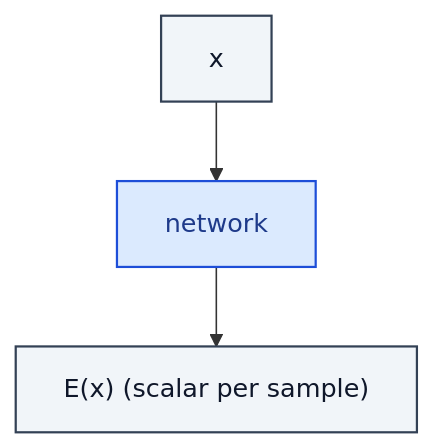
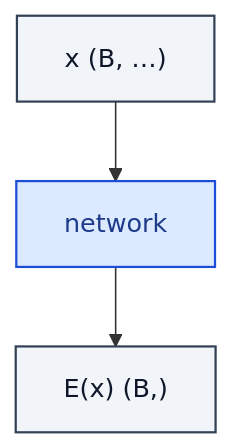
Before and after one commit to RealityShifts/Srivastava-book-of-Blocks-diagrams: the diagram in generative/EnergyBasedModel.md, drawn with Mermaid. The commit also changed 123 other files, not shown here.

````diff
--- a/generative/EnergyBasedModel.md
+++ b/generative/EnergyBasedModel.md
@@ -7,17 +7,18 @@
 ```mermaid
 flowchart TD
-    n0_0["x"]:::io
+    n0_0["x  (B, …)"]:::io
     n1_0["network"]:::op
-    n2_0["E(x)  (scalar per sample)"]:::io
+    n2_0["E(x)  (B,)"]:::io
     n0_0 --> n1_0
     n1_0 --> n2_0
     classDef io fill:#f1f5f9,stroke:#334155,stroke-width:1.4px,color:#0f172a
     classDef op fill:#dbeafe,stroke:#1d4ed8,stroke-width:1.4px,color:#1e3a8a
     classDef norm fill:#dcfce7,stroke:#15803d,stroke-width:1.4px,color:#14532d
     classDef act fill:#ffedd5,stroke:#c2410c,stroke-width:1.4px,color:#7c2d12
     classDef attn fill:#ede9fe,stroke:#6d28d9,stroke-width:1.4px,color:#4c1d95
     classDef merge fill:#fef3c7,stroke:#b45309,stroke-width:1.4px,color:#78350f
     classDef emb fill:#fef9c3,stroke:#a16207,stroke-width:1.4px,color:#713f12
     classDef loss fill:#fee2e2,stroke:#b91c1c,stroke-width:1.4px,color:#7f1d1d
     classDef ctrl fill:#f5f5f4,stroke:#52525b,stroke-width:1.4px,color:#27272a
+    classDef ref fill:#e0f2fe,stroke:#0369a1,stroke-width:2px,color:#0c4a6e,stroke-dasharray: 4 2
 ```
````
